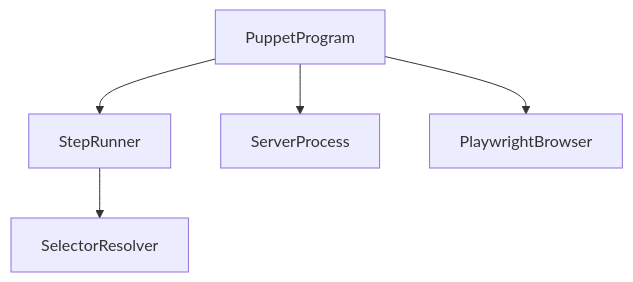
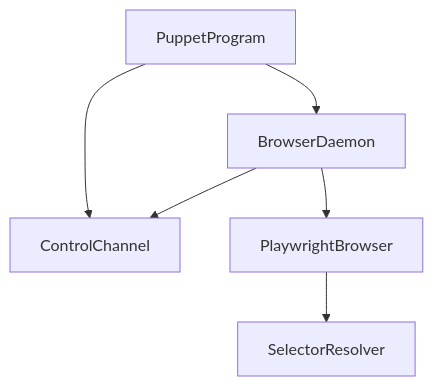
One commit to demaconsulting/ReviewCenter changed the diagram in docs/design/review-center-puppet.md. Above: the diagram before and after it, drawn with Mermaid. The commit also changed other lines of this file and 65 other files, not shown here.

First line of the commit message:
Replace the Puppet run-steps batch with one persistent headless browser

````diff
--- a/docs/design/review-center-puppet.md
+++ b/docs/design/review-center-puppet.md
@@ -29,7 +32,8 @@
 ```mermaid
 flowchart TD
-    PuppetProgram --> StepRunner
-    PuppetProgram --> ServerProcess
-    PuppetProgram --> PlaywrightBrowser
-    StepRunner --> SelectorResolver
+    PuppetProgram --> ControlChannel
+    PuppetProgram --> BrowserDaemon
+    BrowserDaemon --> ControlChannel
+    BrowserDaemon --> PlaywrightBrowser
+    PlaywrightBrowser --> SelectorResolver
 ```
````
